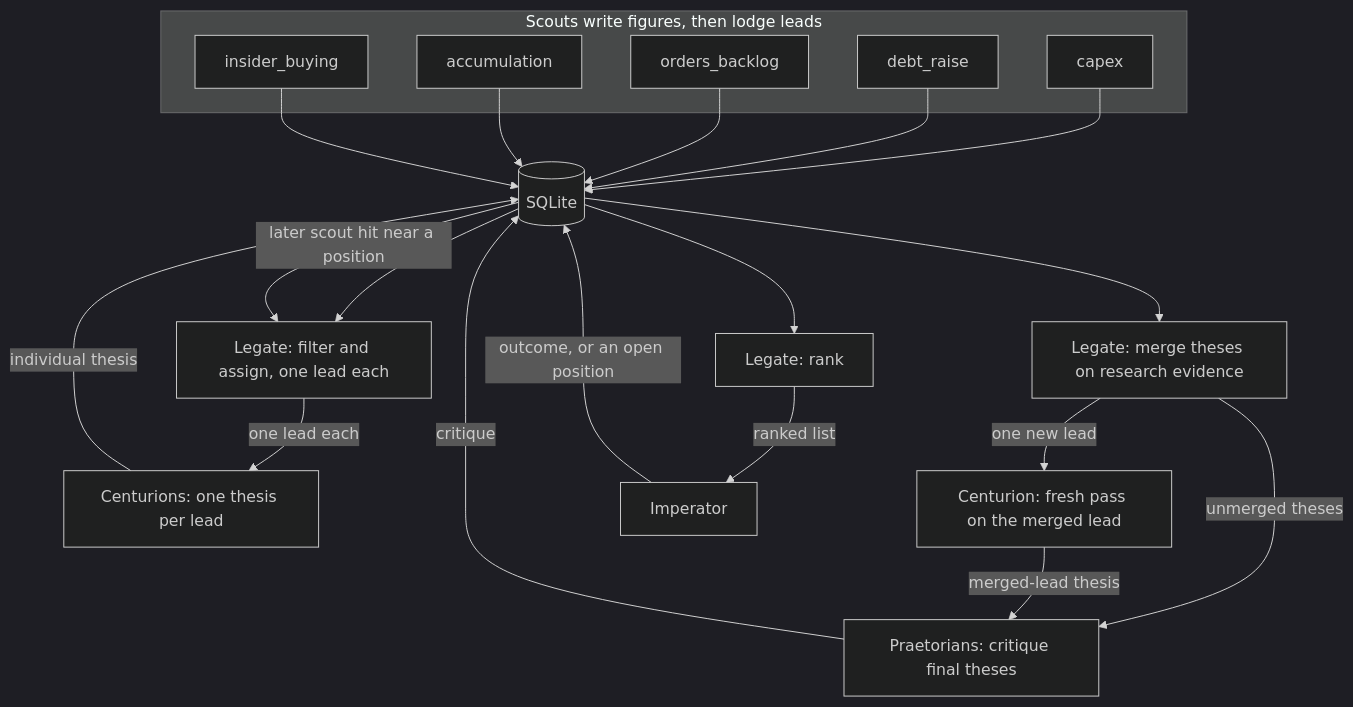
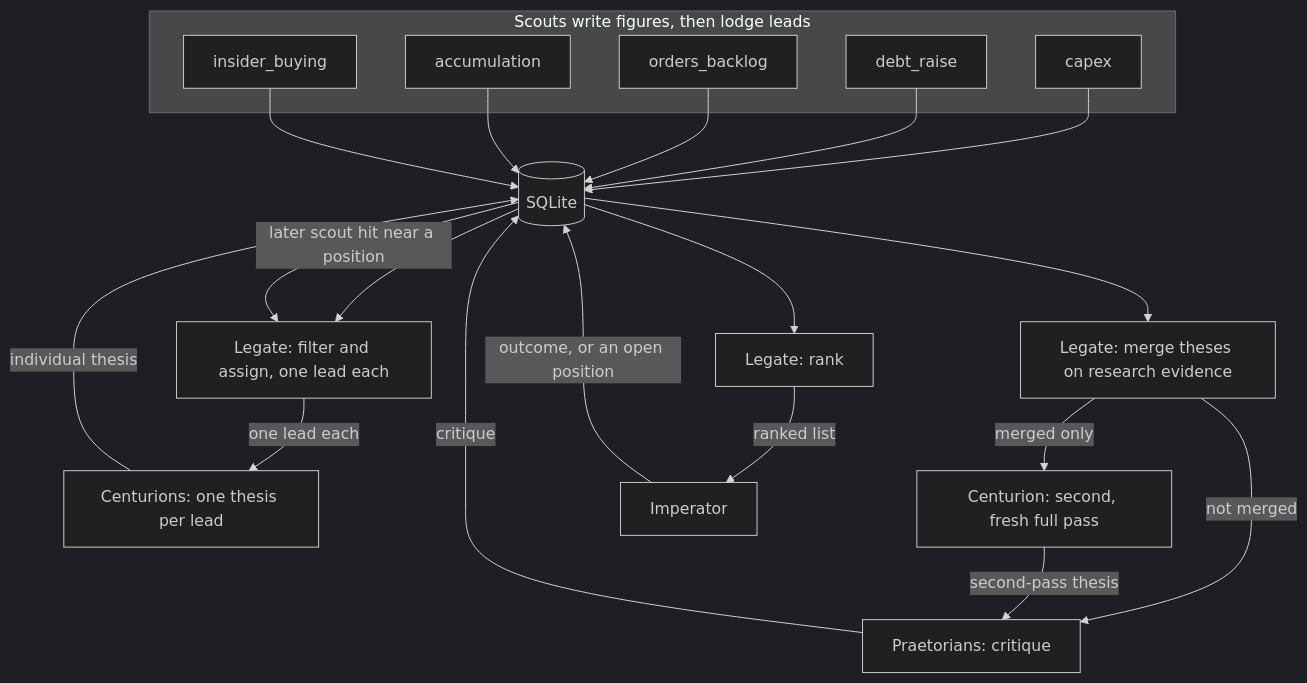
One commit to Nodemana/cause-n-effect changed the diagram in docs/pipeline-architecture.md. Above: the diagram before and after it, drawn with Mermaid (dark theme). The commit also changed other lines of this file and 8 other files, not shown here.

First line of the commit message:
Document that only merged findings get a second thesis pass.

````diff
--- a/docs/pipeline-architecture.md
+++ b/docs/pipeline-architecture.md
@@ -15,36 +15,36 @@
 ```mermaid
 flowchart TD
   subgraph scouts [Scouts write figures, then lodge leads]
     CAP[capex]
     DEBT[debt_raise]
     ORD[orders_backlog]
     ACC[accumulation]
     INS[insider_buying]
   end
   DB[(SQLite)]
   ASSIGN[Legate: filter and assign, one lead each]
   CEN1[Centurions: one thesis per lead]
   MERGE[Legate: merge theses on research evidence]
-  CEN2[Centurion: fresh pass on the merged lead]
-  PRA[Praetorians: critique final theses]
+  CEN2[Centurion: second, fresh full pass]
+  PRA[Praetorians: critique]
   RANK[Legate: rank]
   IMP[Imperator]
 
   CAP --> DB
   DEBT --> DB
   ORD --> DB
   ACC --> DB
   INS --> DB
   DB --> ASSIGN
   ASSIGN -->|one lead each| CEN1
   CEN1 -->|individual thesis| DB
   DB --> MERGE
-  MERGE -->|one new lead| CEN2
-  MERGE -->|unmerged theses| PRA
-  CEN2 -->|merged-lead thesis| PRA
+  MERGE -->|merged only| CEN2
+  MERGE -->|not merged| PRA
+  CEN2 -->|second-pass thesis| PRA
   PRA -->|critique| DB
   DB --> RANK
   RANK -->|ranked list| IMP
   IMP -->|outcome, or an open position| DB
   DB -->|later scout hit near a position| ASSIGN
 ```
````
